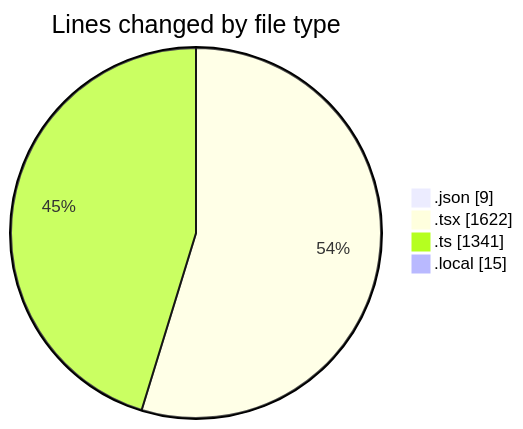
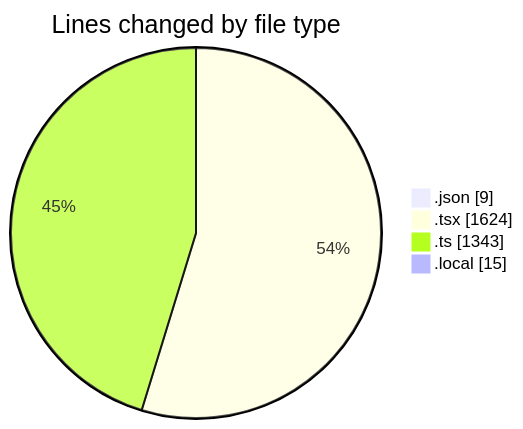
One commit to julien-gomy/code-tracking changed the first of 2 diagrams in 2025-10-27/eventscop-frontend-guide__workspace_/README.md. Above: the diagram before and after it, drawn with Mermaid. The commit also changed other lines of this file and 1 other file, not shown here.

````diff
--- a/2025-10-27/eventscop-frontend-guide__workspace_/README.md
+++ b/2025-10-27/eventscop-frontend-guide__workspace_/README.md
@@ -35,8 +35,8 @@
 ```mermaid
 pie showData
 title Lines changed by file type
 ".json" : 9
-".tsx" : 1622
-".ts" : 1341
+".tsx" : 1624
+".ts" : 1343
 ".local" : 15
 ```
````
